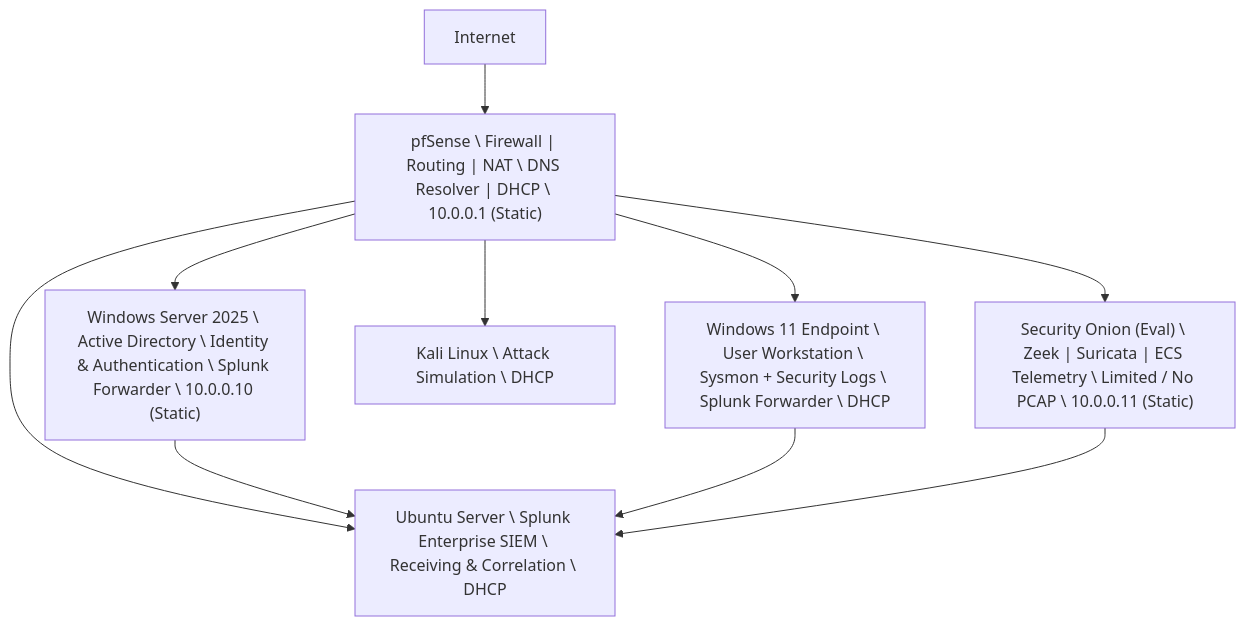
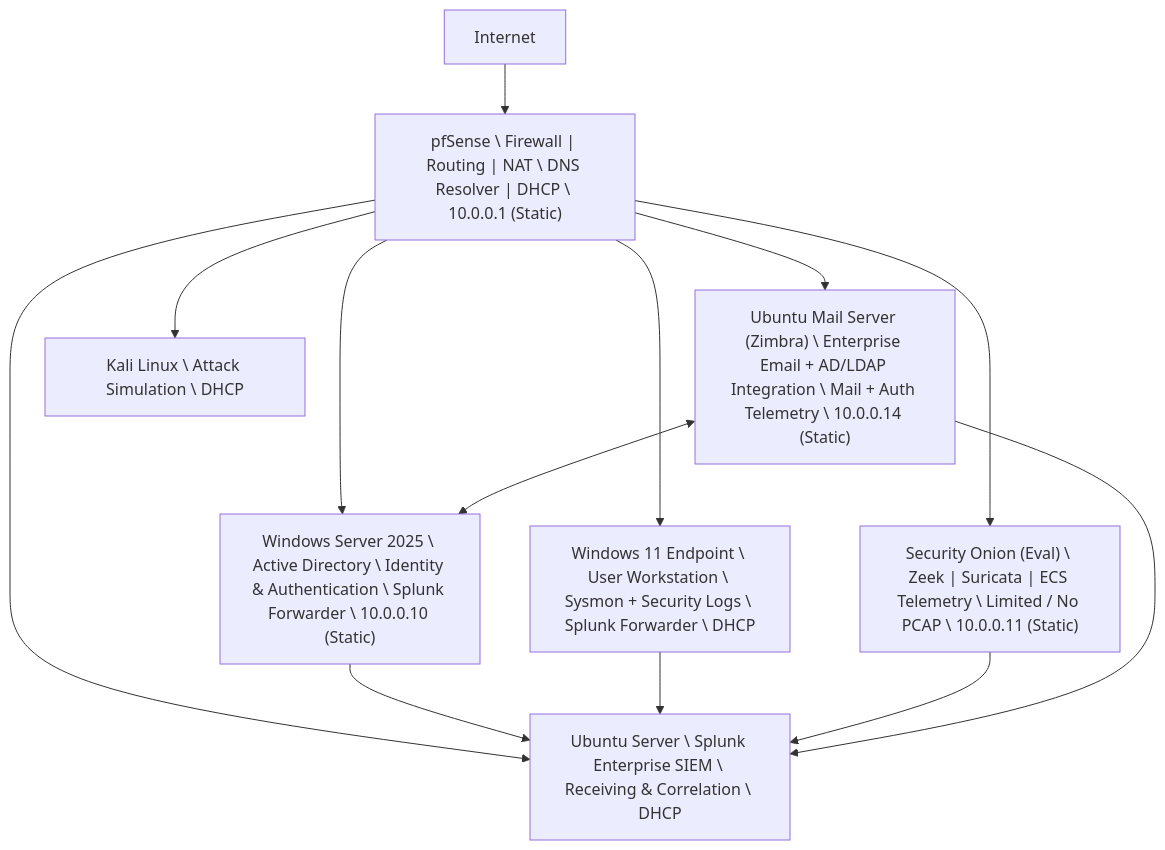
One commit to espcarlo27-byte/jce-cyber-lab changed the diagram in architecture/network-topology.md. Above: the diagram before and after it, drawn with Mermaid. The commit also changed other lines of this file, not shown here.

````diff
--- a/architecture/network-topology.md
+++ b/architecture/network-topology.md
@@ -26,24 +27,30 @@
 ```mermaid
 flowchart TB
     Internet["Internet"]
 
     pfSense["pfSense \ Firewall | Routing | NAT \ DNS Resolver | DHCP \ 10.0.0.1 (Static)"]
 
     AD["Windows Server 2025 \ Active Directory \ Identity & Authentication \ Splunk Forwarder \ 10.0.0.10 (Static)"]
     SO["Security Onion (Eval) \ Zeek | Suricata | ECS Telemetry \ Limited / No PCAP \ 10.0.0.11 (Static)"]
+    Zimbra["Ubuntu Mail Server (Zimbra) \ Enterprise Email + AD/LDAP Integration \ Mail + Auth Telemetry \ 10.0.0.14 (Static)"]
+
     Kali["Kali Linux \ Attack Simulation \ DHCP"]
     Splunk["Ubuntu Server \ Splunk Enterprise SIEM \ Receiving & Correlation \ DHCP"]
     Win11["Windows 11 Endpoint \ User Workstation \ Sysmon + Security Logs \ Splunk Forwarder \ DHCP"]
 
     Internet --> pfSense
 
     pfSense --> AD
     pfSense --> SO
+    pfSense --> Zimbra
     pfSense --> Kali
     pfSense --> Splunk
     pfSense --> Win11
 
     AD --> Splunk
     Win11 --> Splunk
     SO --> Splunk
+
+    Zimbra --> Splunk
+    Zimbra <--> AD
 ```
````
